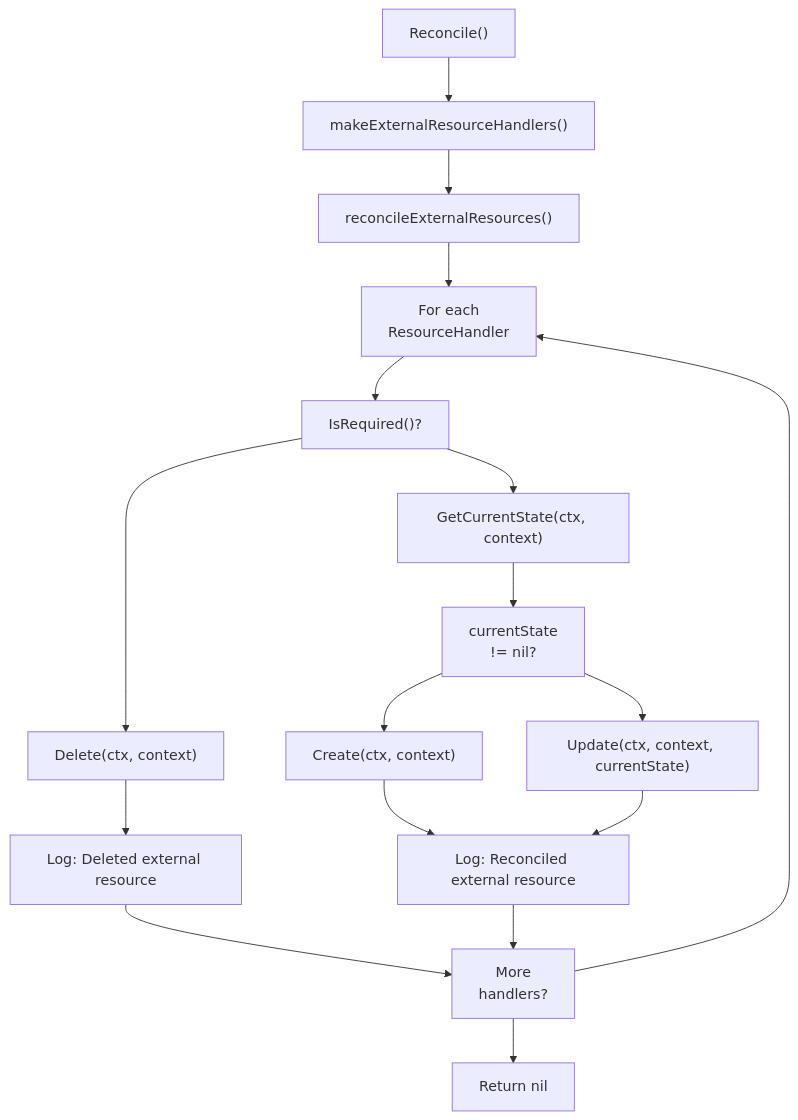
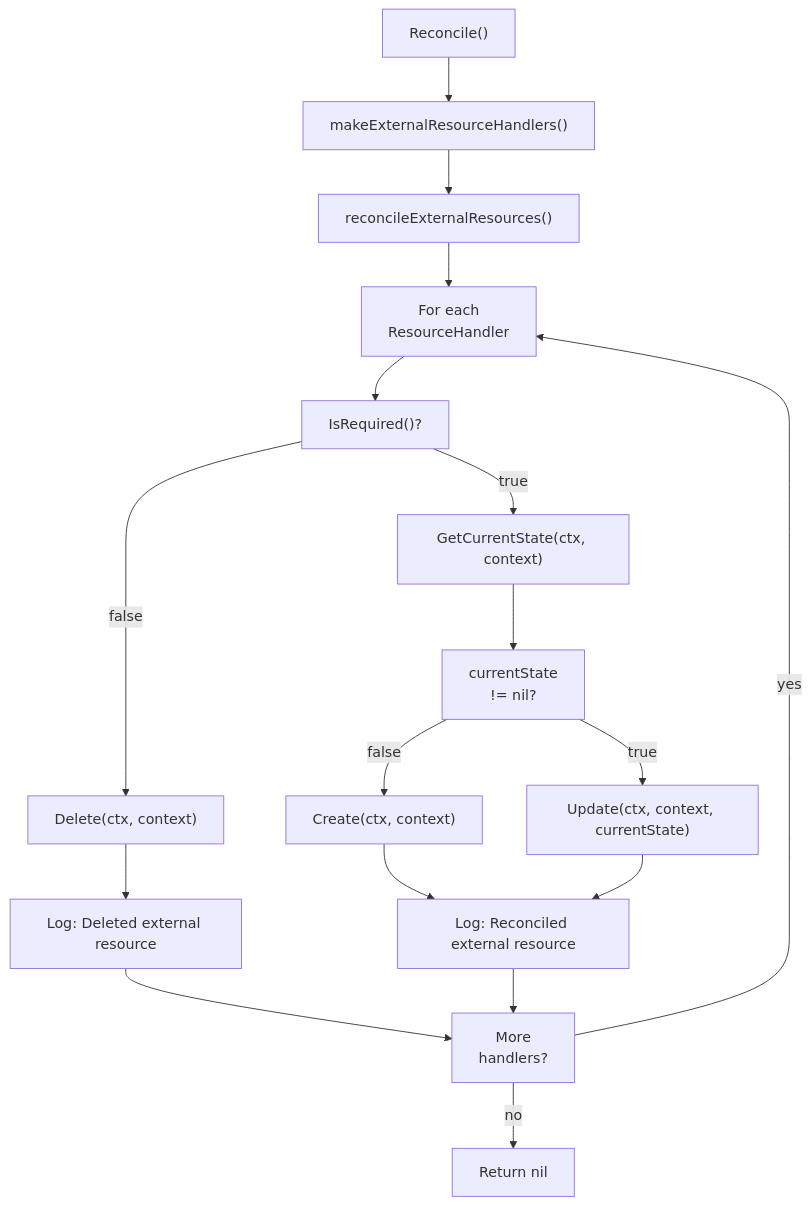
The first of 9 diagrams in docs/deepwiki/Resource-Handlers.md (openchoreo/openchoreo), drawn with Mermaid before and after one commit. The commit also changed other lines of this file and 85 other files, not shown here.

Commit message:
feat: Add new workflow and specification templates, update Helm chart dependencies, and clarify documentation diagrams.

````diff
--- a/docs/deepwiki/Resource-Handlers.md
+++ b/docs/deepwiki/Resource-Handlers.md
@@ -63,35 +63,35 @@
 ```mermaid
 flowchart TD
 
 Reconcile["Reconcile()"]
 MakeHandlers["makeExternalResourceHandlers()"]
 ReconcileExt["reconcileExternalResources()"]
 Loop["For each<br>ResourceHandler"]
 IsRequired["IsRequired()?"]
 Delete["Delete(ctx, context)"]
 GetState["GetCurrentState(ctx, context)"]
 Exists["currentState<br>!= nil?"]
 Create["Create(ctx, context)"]
 Update["Update(ctx, context, currentState)"]
 Log1["Log: Deleted external resource"]
 Log2["Log: Reconciled external resource"]
 NextHandler["More<br>handlers?"]
 Done["Return nil"]
 
 Reconcile --> MakeHandlers
 MakeHandlers --> ReconcileExt
 ReconcileExt --> Loop
 Loop --> IsRequired
-IsRequired --> Delete
-IsRequired --> GetState
+IsRequired -->|"false"| Delete
+IsRequired -->|"true"| GetState
 GetState --> Exists
-Exists --> Create
-Exists --> Update
+Exists -->|"false"| Create
+Exists -->|"true"| Update
 Delete --> Log1
 Create --> Log2
 Update --> Log2
 Log1 --> NextHandler
 Log2 --> NextHandler
-NextHandler --> Loop
-NextHandler --> Done
+NextHandler -->|"yes"| Loop
+NextHandler -->|"no"| Done
 ```
````
